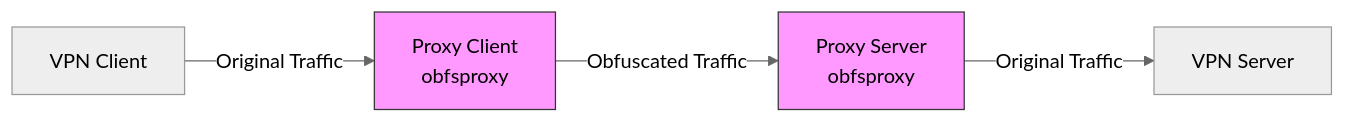
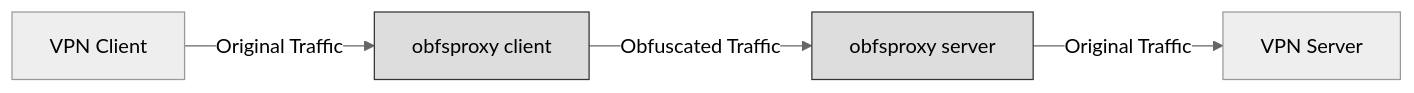
Before and after one commit to askolesov/obfsproxy: the diagram in README.md, drawn with Mermaid (neutral theme).

````diff
--- a/README.md
+++ b/README.md
@@ -5,9 +5,9 @@
 ```mermaid
 graph LR
-    client[VPN Client] -->|Original Traffic| proxy1[Proxy Client\nobfsproxy]
-    proxy1 -->|Obfuscated Traffic| proxy2[Proxy Server\nobfsproxy]
+    client[VPN Client] -->|Original Traffic| proxy1[obfsproxy client]
+    proxy1 -->|Obfuscated Traffic| proxy2[obfsproxy server]
     proxy2 -->|Original Traffic| server[VPN Server]
     
-    style proxy1 fill:#f9f,stroke:#333
-    style proxy2 fill:#f9f,stroke:#333
+    style proxy1 fill:#ddd,stroke:#333
+    style proxy2 fill:#ddd,stroke:#333
 ```
````
